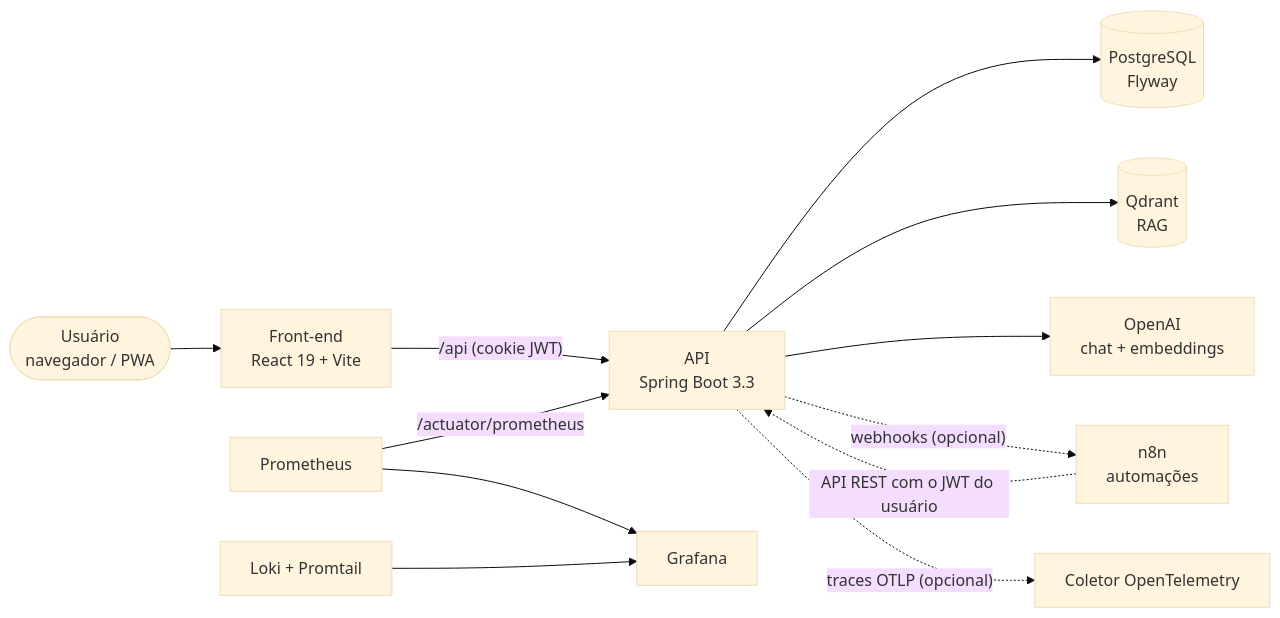
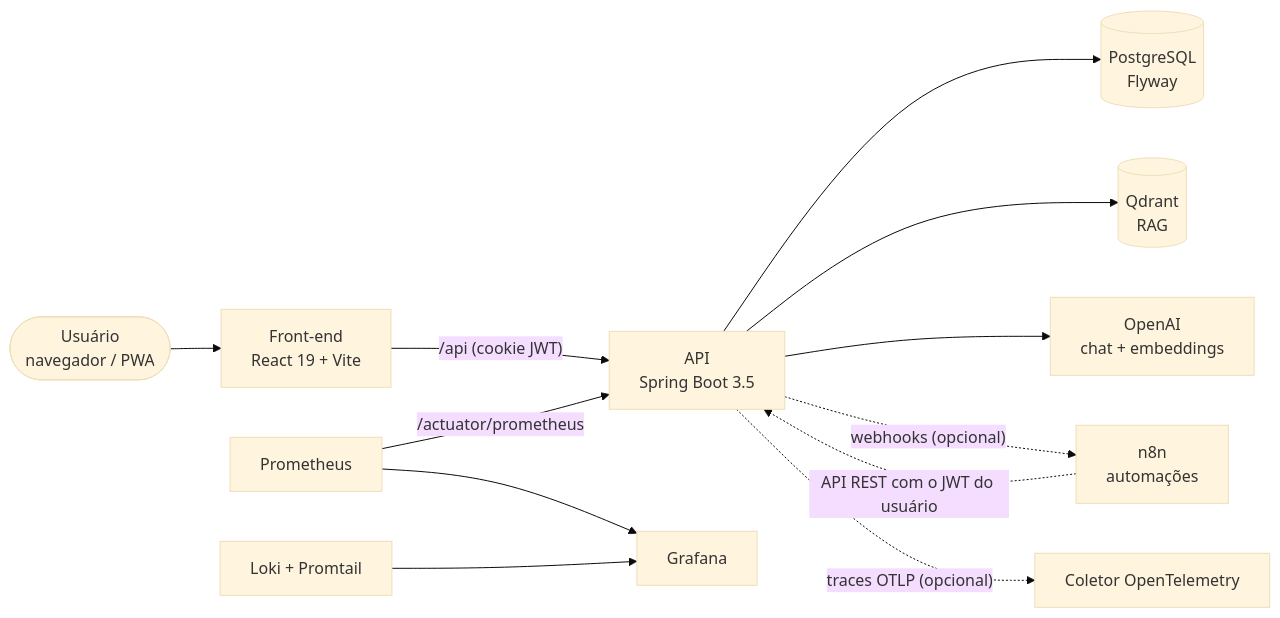
Before and after one commit to eduardorarruda/Core-4-ERP: the diagram in README.md, drawn with Mermaid (base theme). The commit also changed other lines of this file and 336 other files, not shown here.

````diff
--- a/README.md
+++ b/README.md
@@ -115,14 +115,14 @@
 ```mermaid
 flowchart LR
     U([Usuário<br/>navegador / PWA]) --> FE[Front-end<br/>React 19 + Vite]
-    FE -- "/api (cookie JWT)" --> BE[API<br/>Spring Boot 3.3]
+    FE -- "/api (cookie JWT)" --> BE[API<br/>Spring Boot 3.5]
     BE --> PG[(PostgreSQL<br/>Flyway)]
     BE --> QD[(Qdrant<br/>RAG)]
     BE --> OAI[OpenAI<br/>chat + embeddings]
     BE -. "webhooks (opcional)" .-> N8N[n8n<br/>automações]
     N8N -. "API REST com o JWT do usuário" .-> BE
     PR[Prometheus] -- "/actuator/prometheus" --> BE
     PR --> GF[Grafana]
     LK[Loki + Promtail] --> GF
     BE -. "traces OTLP (opcional)" .-> OT[Coletor OpenTelemetry]
 ```
````
